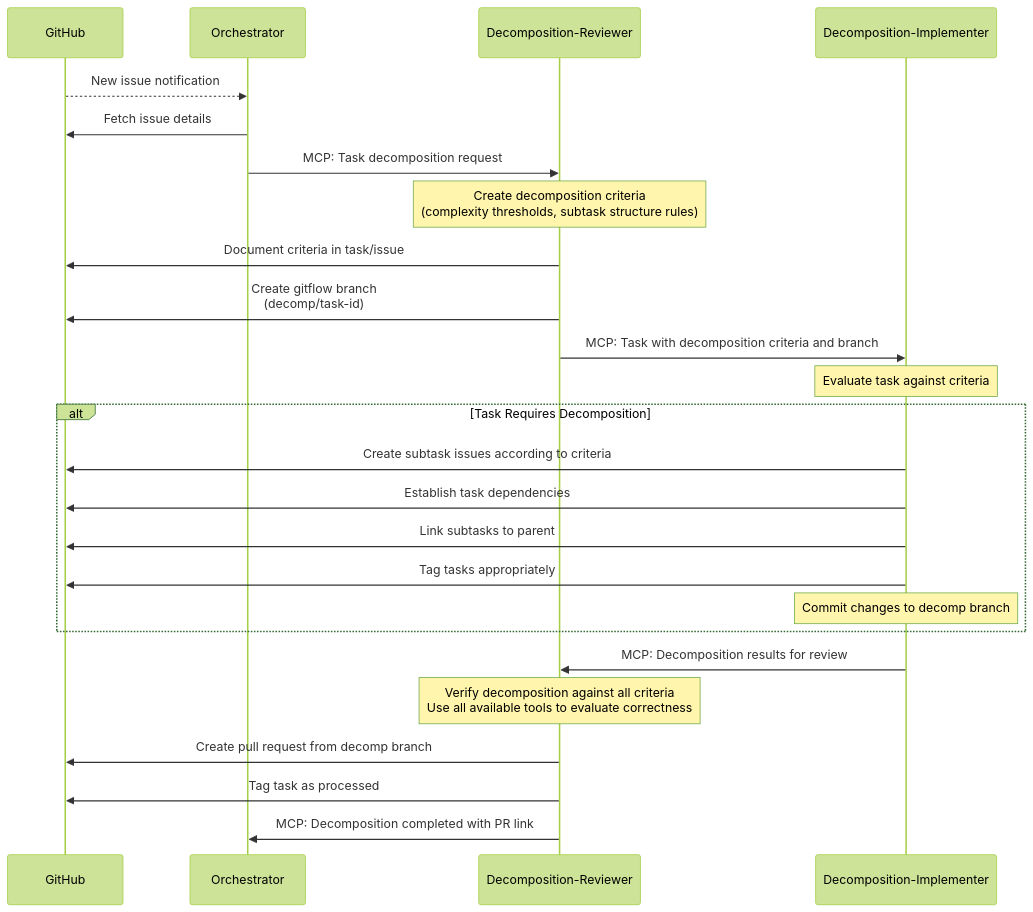
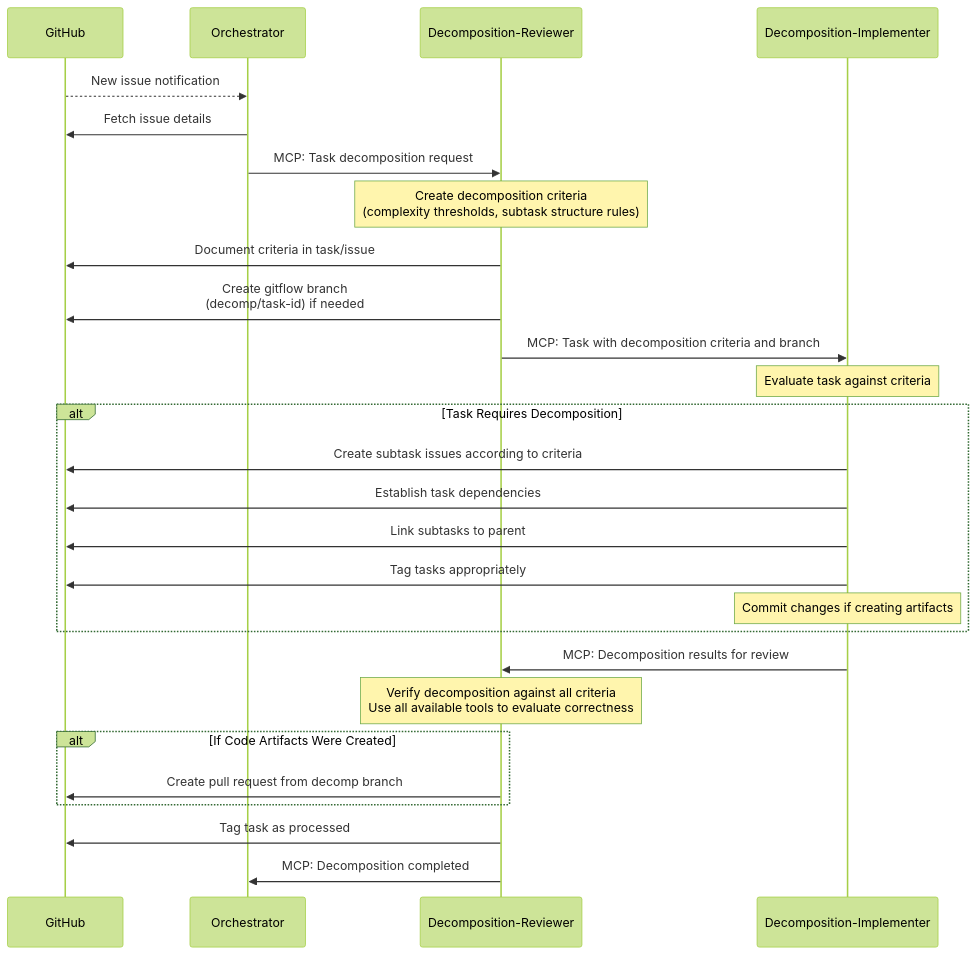
Before and after one commit to o2alexanderfedin/ai-assistant-project: the tenth of 15 diagrams in docs/architecture/diagrams/orchestrator-use-cases.md, drawn with Mermaid (forest theme). The commit also changed other lines of this file, not shown here.

Commit message:
Update PR policy with clear guidelines for artifacts requiring review

````diff
--- a/docs/architecture/diagrams/orchestrator-use-cases.md
+++ b/docs/architecture/diagrams/orchestrator-use-cases.md
@@ -263,33 +264,35 @@
 ```mermaid
 sequenceDiagram
     participant GitHub
     participant Orchestrator
     participant DecompReviewer as Decomposition-Reviewer
     participant DecompImplementer as Decomposition-Implementer
     
     GitHub-->>Orchestrator: New issue notification
     Orchestrator->>GitHub: Fetch issue details
     Orchestrator->>DecompReviewer: MCP: Task decomposition request
     
     Note over DecompReviewer: Create decomposition criteria<br>(complexity thresholds, subtask structure rules)
     DecompReviewer->>GitHub: Document criteria in task/issue
-    DecompReviewer->>GitHub: Create gitflow branch<br>(decomp/task-id)
+    DecompReviewer->>GitHub: Create gitflow branch<br>(decomp/task-id) if needed
     DecompReviewer->>DecompImplementer: MCP: Task with decomposition criteria and branch
     
     Note over DecompImplementer: Evaluate task against criteria
     
     alt Task Requires Decomposition
         DecompImplementer->>GitHub: Create subtask issues according to criteria
         DecompImplementer->>GitHub: Establish task dependencies
         DecompImplementer->>GitHub: Link subtasks to parent
         DecompImplementer->>GitHub: Tag tasks appropriately
-        Note over DecompImplementer: Commit changes to decomp branch
+        Note over DecompImplementer: Commit changes if creating artifacts
     end
     
     DecompImplementer->>DecompReviewer: MCP: Decomposition results for review
     Note over DecompReviewer: Verify decomposition against all criteria<br>Use all available tools to evaluate correctness
     
-    DecompReviewer->>GitHub: Create pull request from decomp branch
+    alt If Code Artifacts Were Created
+        DecompReviewer->>GitHub: Create pull request from decomp branch
+    end
     DecompReviewer->>GitHub: Tag task as processed
-    DecompReviewer->>Orchestrator: MCP: Decomposition completed with PR link
+    DecompReviewer->>Orchestrator: MCP: Decomposition completed
 ```
````
